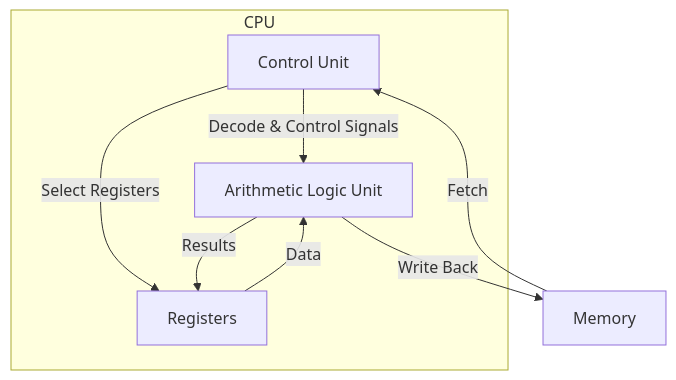
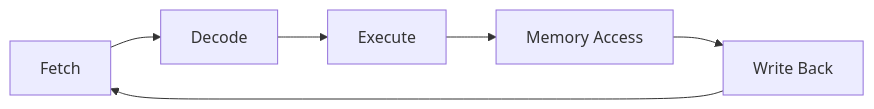
The second of 2 diagrams in src/arch/cpu/README.md (vanos001/placement_prep), drawn with Mermaid before and after one commit. The commit also changed other lines of this file and 7 other files, not shown here.

First line of the commit message:
docs: fill empty language files and expand thin architecture files

````diff
--- a/src/arch/cpu/README.md
+++ b/src/arch/cpu/README.md
@@ -9,14 +147,8 @@
 ```mermaid
-graph TB
-    subgraph CPU
-        CU[Control Unit]
-        ALU[Arithmetic Logic Unit]
-        REG[Registers]
-    end
-    MEM[Memory] -->|Fetch| CU
-    CU -->|Decode & Control Signals| ALU
-    CU -->|Select Registers| REG
-    ALU -->|Results| REG
-    REG -->|Data| ALU
-    ALU -->|Write Back| MEM
+graph LR
+    F[Fetch] --> D[Decode]
+    D --> E[Execute]
+    E --> M[Memory Access]
+    M --> W[Write Back]
+    W --> F
 ```
````
